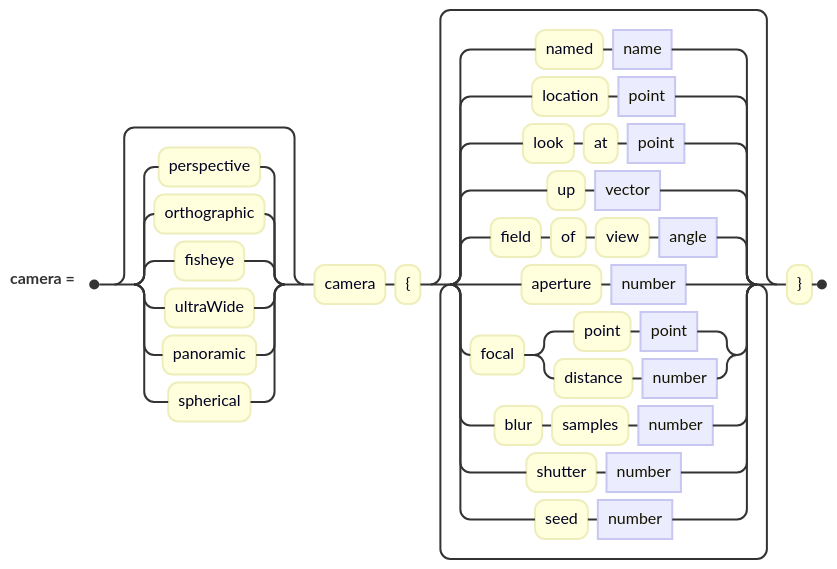
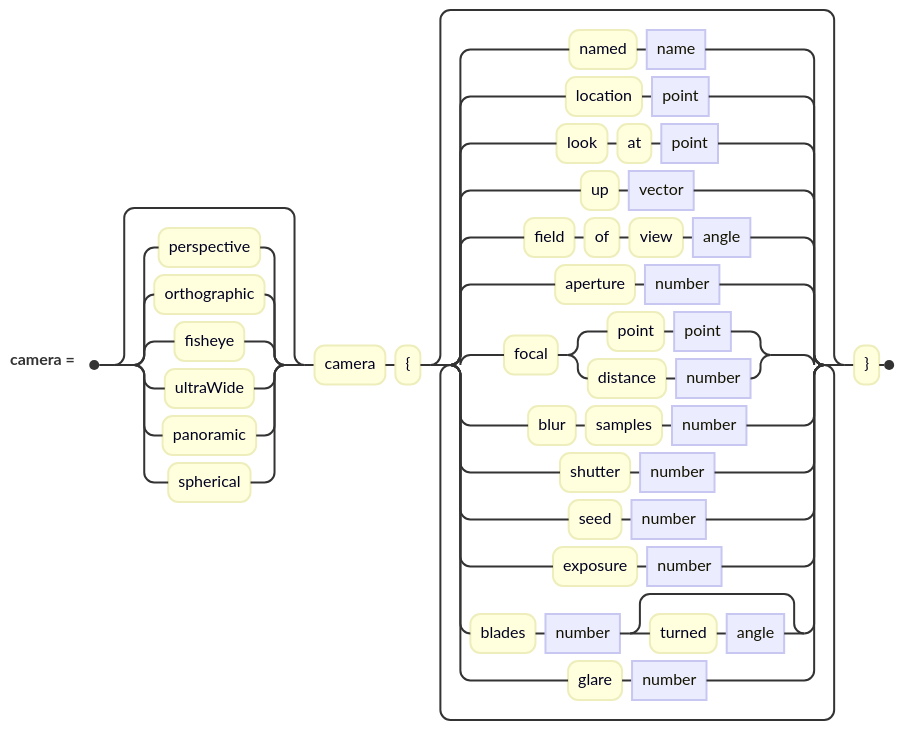
Before and after one commit to jskress/RayTracer: the diagram in docs/diagrams/cameras/cameraClause.mmd, drawn with Mermaid. The commit also changed 123 other files, not shown here.

```diff
--- a/docs/diagrams/cameras/cameraClause.mmd
+++ b/docs/diagrams/cameras/cameraClause.mmd
@@ -1,8 +1,9 @@
 railroad-ebnf-beta
 title "Camera"
 
 camera = [ "perspective" | "orthographic" | "fisheye" | "ultraWide" | "panoramic" | "spherical" ]
          "camera" "{" { "named" name | "location" point | "look" "at" point | "up" vector
        | "field" "of" "view" angle | "aperture" number
        | "focal" ( "point" point | "distance" number )
-       | "blur" "samples" number | "shutter" number | "seed" number } "}" ;
+       | "blur" "samples" number | "shutter" number | "seed" number
+       | "exposure" number | "blades" number [ "turned" angle ] | "glare" number } "}" ;
```
